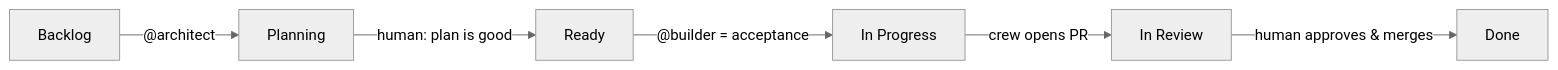
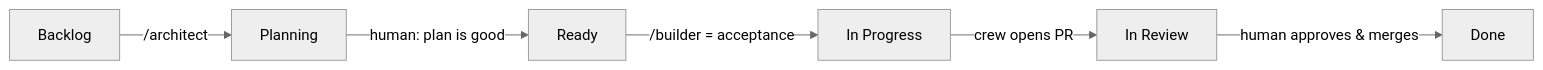
One commit to Ganador1/facility changed the diagram in README.md. Above: the diagram before and after it, drawn with Mermaid (neutral theme). The commit also changed other lines of this file and 11 other files, not shown here.

````diff
--- a/README.md
+++ b/README.md
@@ -77,8 +77,8 @@
 ```mermaid
 flowchart LR
-    B[Backlog] -->|"@architect"| P[Planning]
+    B[Backlog] -->|"/architect"| P[Planning]
     P -->|human: plan is good| R[Ready]
-    R -->|"@builder = acceptance"| IP[In Progress]
+    R -->|"/builder = acceptance"| IP[In Progress]
     IP -->|crew opens PR| IR[In Review]
     IR -->|human approves & merges| D[Done]
 ```
````
